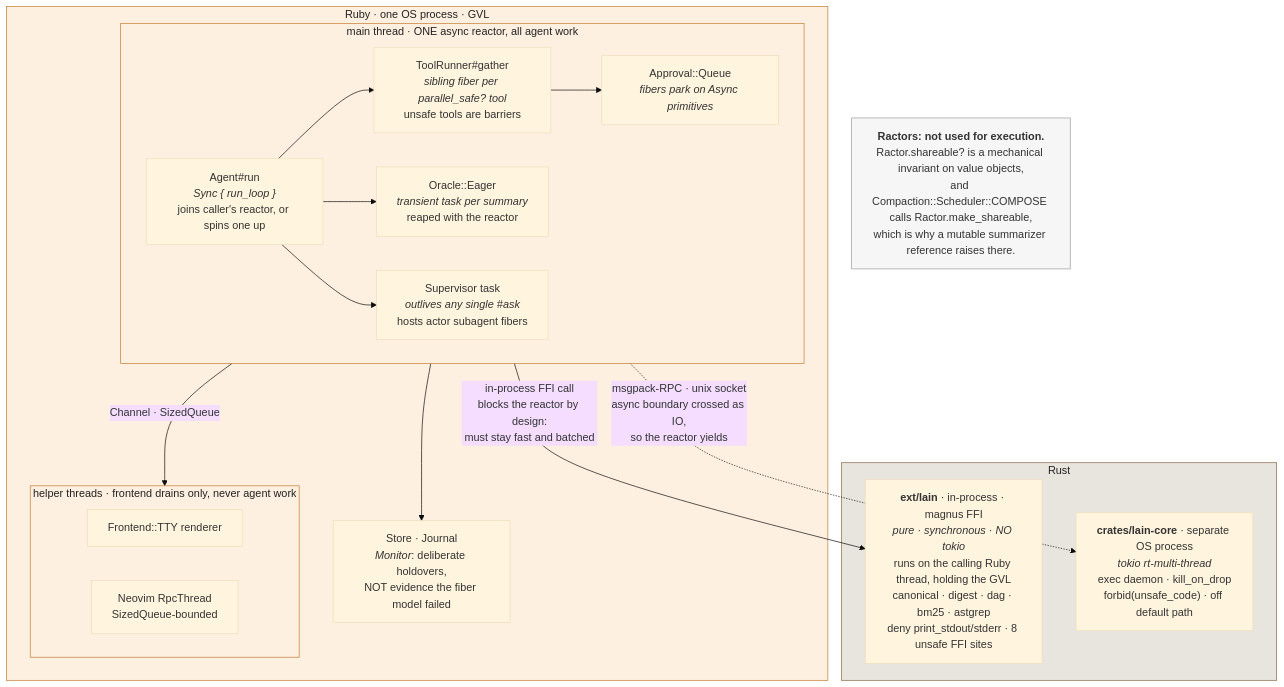
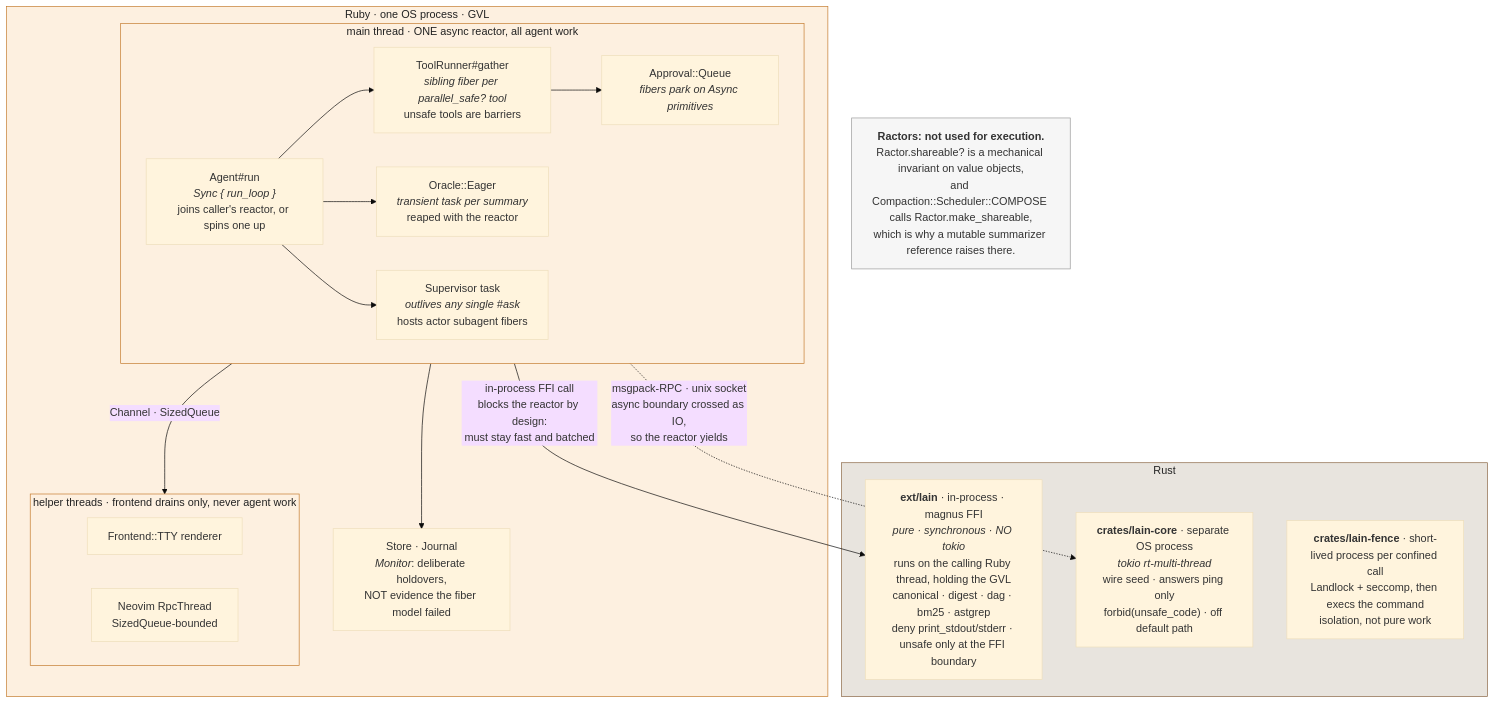
Before and after one commit to liaden/lain: the second of 6 diagrams in ARCHITECTURE.md, drawn with Mermaid (base theme). The commit also changed other lines of this file and 3 other files, not shown here.

First line of the commit message:
docs: describe lain-core as the wire seed

````diff
--- a/ARCHITECTURE.md
+++ b/ARCHITECTURE.md
@@ -70,39 +72,40 @@
 ```mermaid
 flowchart TB
   subgraph RUBY["Ruby · one OS process · GVL"]
     subgraph REACTOR["main thread · ONE async reactor, all agent work"]
       LOOP["Agent#run<br/><i>Sync { run_loop }</i><br/>joins caller's reactor, or spins one up"]
       GATHER["ToolRunner#gather<br/><i>sibling fiber per parallel_safe? tool</i><br/>unsafe tools are barriers"]
       SUP["Supervisor task<br/><i>outlives any single #ask</i><br/>hosts actor subagent fibers"]
       EAGER["Oracle::Eager<br/><i>transient task per summary</i><br/>reaped with the reactor"]
       APPR["Approval::Queue<br/><i>fibers park on Async primitives</i>"]
     end
     subgraph THREADS["helper threads · frontend drains only, never agent work"]
       TTYT["Frontend::TTY renderer"]
       NVIMT["Neovim RpcThread<br/>SizedQueue-bounded"]
     end
     LOCKS["Store · Journal<br/><i>Monitor</i>: deliberate holdovers,<br/>NOT evidence the fiber model failed"]
   end
 
   subgraph RUST["Rust"]
-    EXT["<b>ext/lain</b> · in-process · magnus FFI<br/><i>pure · synchronous · NO tokio</i><br/>runs on the calling Ruby thread, holding the GVL<br/>canonical · digest · dag · bm25 · astgrep<br/>deny print_stdout/stderr · 8 unsafe FFI sites"]
-    CORE["<b>crates/lain-core</b> · separate OS process<br/><i>tokio rt-multi-thread</i><br/>exec daemon · kill_on_drop<br/>forbid(unsafe_code) · off default path"]
+    EXT["<b>ext/lain</b> · in-process · magnus FFI<br/><i>pure · synchronous · NO tokio</i><br/>runs on the calling Ruby thread, holding the GVL<br/>canonical · digest · dag · bm25 · astgrep<br/>deny print_stdout/stderr · unsafe only at the FFI boundary"]
+    CORE["<b>crates/lain-core</b> · separate OS process<br/><i>tokio rt-multi-thread</i><br/>wire seed · answers ping only<br/>forbid(unsafe_code) · off default path"]
+    FENCE["<b>crates/lain-fence</b> · short-lived process per confined call<br/>Landlock + seccomp, then execs the command<br/>isolation, not pure work"]
   end
 
   LOOP --> GATHER --> APPR
   LOOP --> EAGER
   LOOP --> SUP
   REACTOR -->|"in-process FFI call<br/>blocks the reactor by design:<br/>must stay fast and batched"| EXT
   REACTOR -.->|"msgpack-RPC · unix socket<br/>async boundary crossed as IO,<br/>so the reactor yields"| CORE
   REACTOR --> LOCKS
   REACTOR -->|"Channel · SizedQueue"| THREADS
 
   RACTOR["<b>Ractors: not used for execution.</b><br/>Ractor.shareable? is a mechanical invariant on value objects,<br/>and Compaction::Scheduler::COMPOSE calls Ractor.make_shareable,<br/>which is why a mutable summarizer reference raises there."]
 
   classDef ruby fill:#fdf0e0,stroke:#c47a2c,color:#222
   classDef rust fill:#e8e4de,stroke:#8a6544,color:#222
   classDef note fill:#f6f6f6,stroke:#999,color:#333
   class RUBY,REACTOR,THREADS ruby
   class RUST rust
   class RACTOR note
 ```
````
